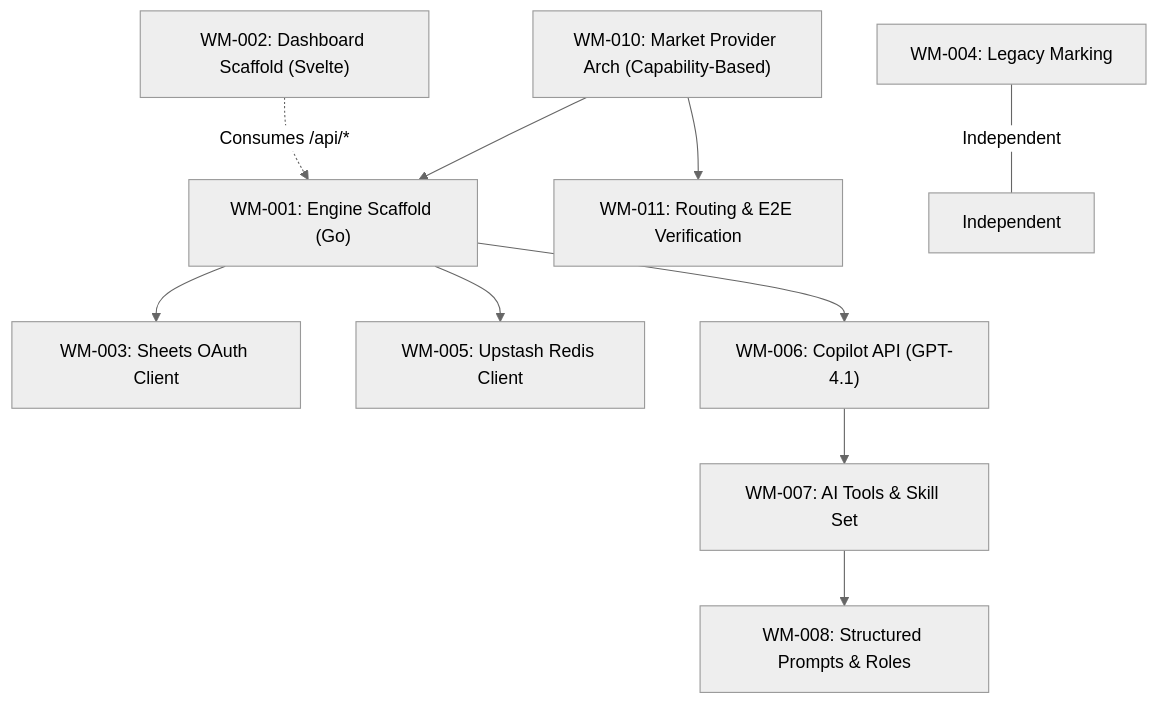
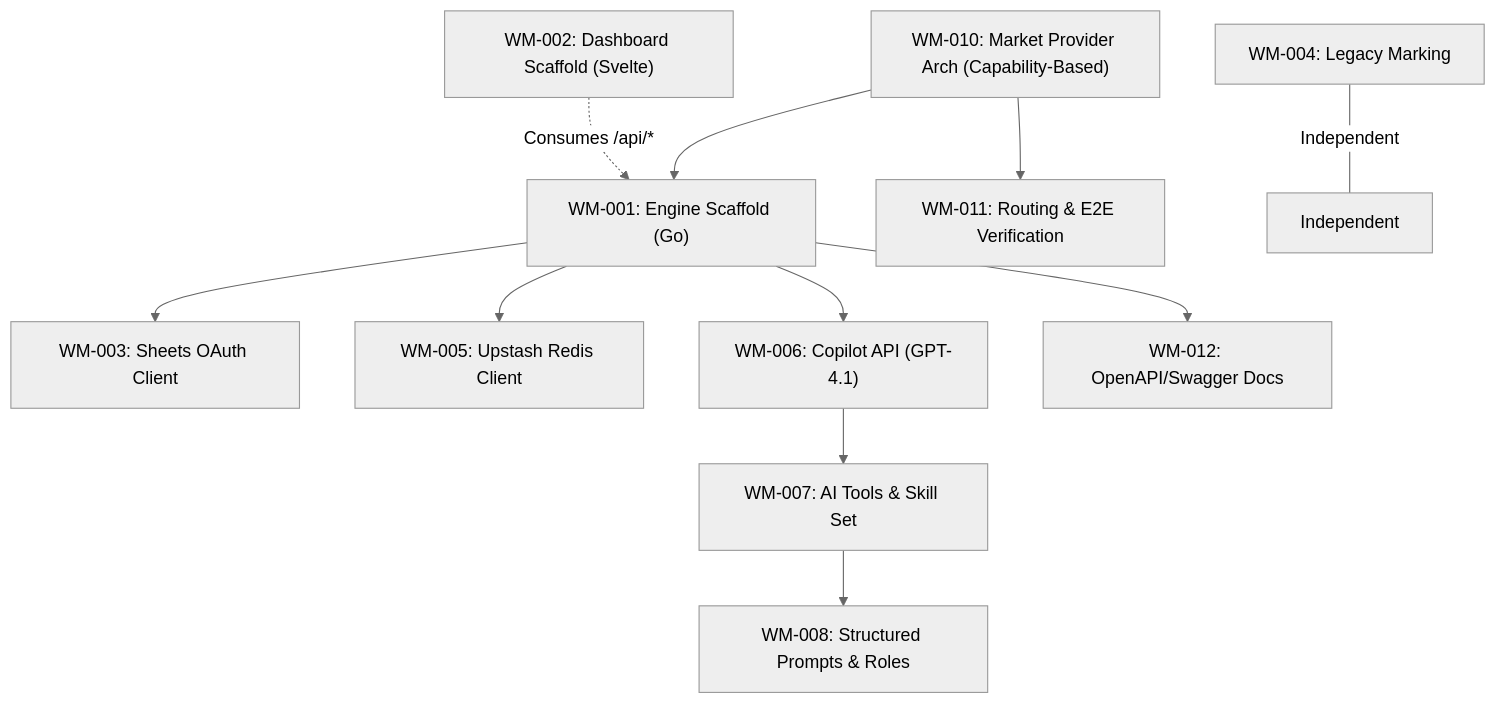
Before and after one commit to destngx/monorepo: the diagram in docs/wealth-management/tasks/SPRINT_1/README.md, drawn with Mermaid (neutral theme). The commit also changed other lines of this file and 34 other files, not shown here.

````diff
--- a/docs/wealth-management/tasks/SPRINT_1/README.md
+++ b/docs/wealth-management/tasks/SPRINT_1/README.md
@@ -12,16 +12,17 @@
 ```mermaid
 graph TD
     WM-001["WM-001: Engine Scaffold (Go)"] --> WM-003["WM-003: Sheets OAuth Client"]
     WM-001 --> WM-005["WM-005: Upstash Redis Client"]
     WM-001 --> WM-006["WM-006: Copilot API (GPT-4.1)"]
 
     WM-006 --> WM-007["WM-007: AI Tools & Skill Set"]
     WM-007 --> WM-008["WM-008: Structured Prompts & Roles"]
 
     WM-002["WM-002: Dashboard Scaffold (Svelte)"] -.->|"Consumes /api/*"| WM-001
 
     WM-010["WM-010: Market Provider Arch (Capability-Based)"] --> WM-011["WM-011: Routing & E2E Verification"]
+    WM-001 --> WM-012["WM-012: OpenAPI/Swagger Docs"]
     WM-010 --> WM-001
 
     WM-004["WM-004: Legacy Marking"] ---|"Independent"| Independent[Independent]
 ```
````
